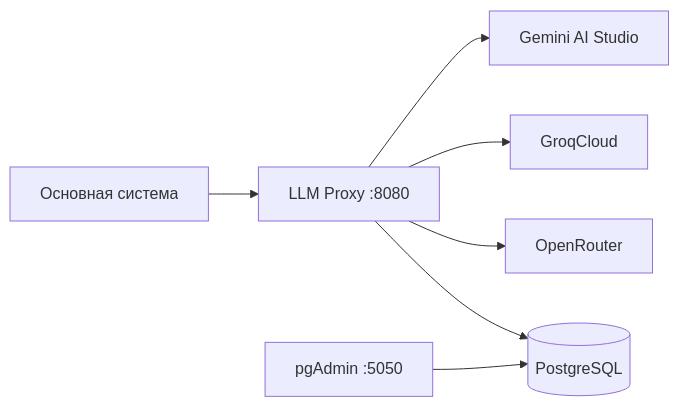
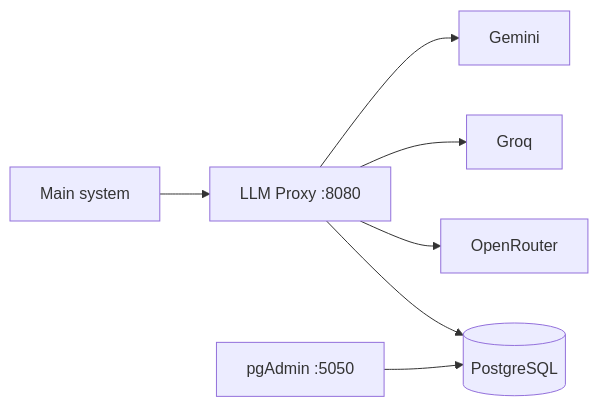
One commit to DaniilPodruchnyMgtuIu6/llm-proxy changed the first of 10 diagrams in docs/architecture.md. Above: the diagram before and after it, drawn with Mermaid. The commit also changed other lines of this file and 4 other files, not shown here.

Commit message:
Add Mermaid architecture viewer at /architecture.

````diff
--- a/docs/architecture.md
+++ b/docs/architecture.md
@@ -16,9 +20,9 @@
 ```mermaid
 flowchart LR
-  Main[Основная система] --> API[LLM Proxy :8080]
-  API --> G[Gemini AI Studio]
-  API --> Q[GroqCloud]
+  Main[Main system] --> API[LLM Proxy :8080]
+  API --> G[Gemini]
+  API --> Q[Groq]
   API --> O[OpenRouter]
   API --> PG[(PostgreSQL)]
-  PGAdmin[pgAdmin :5050] --> PG
+  Admin[pgAdmin :5050] --> PG
 ```
````
